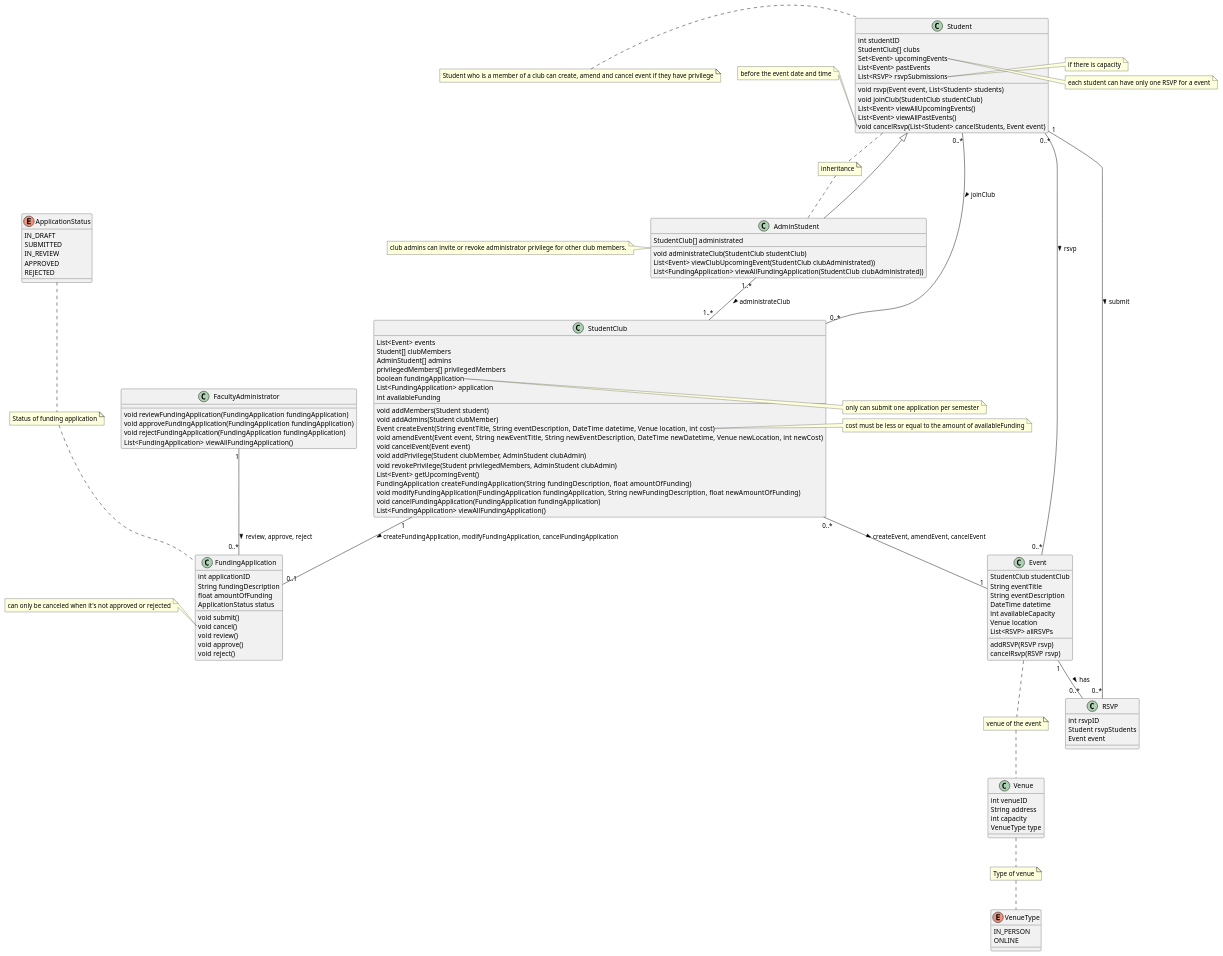
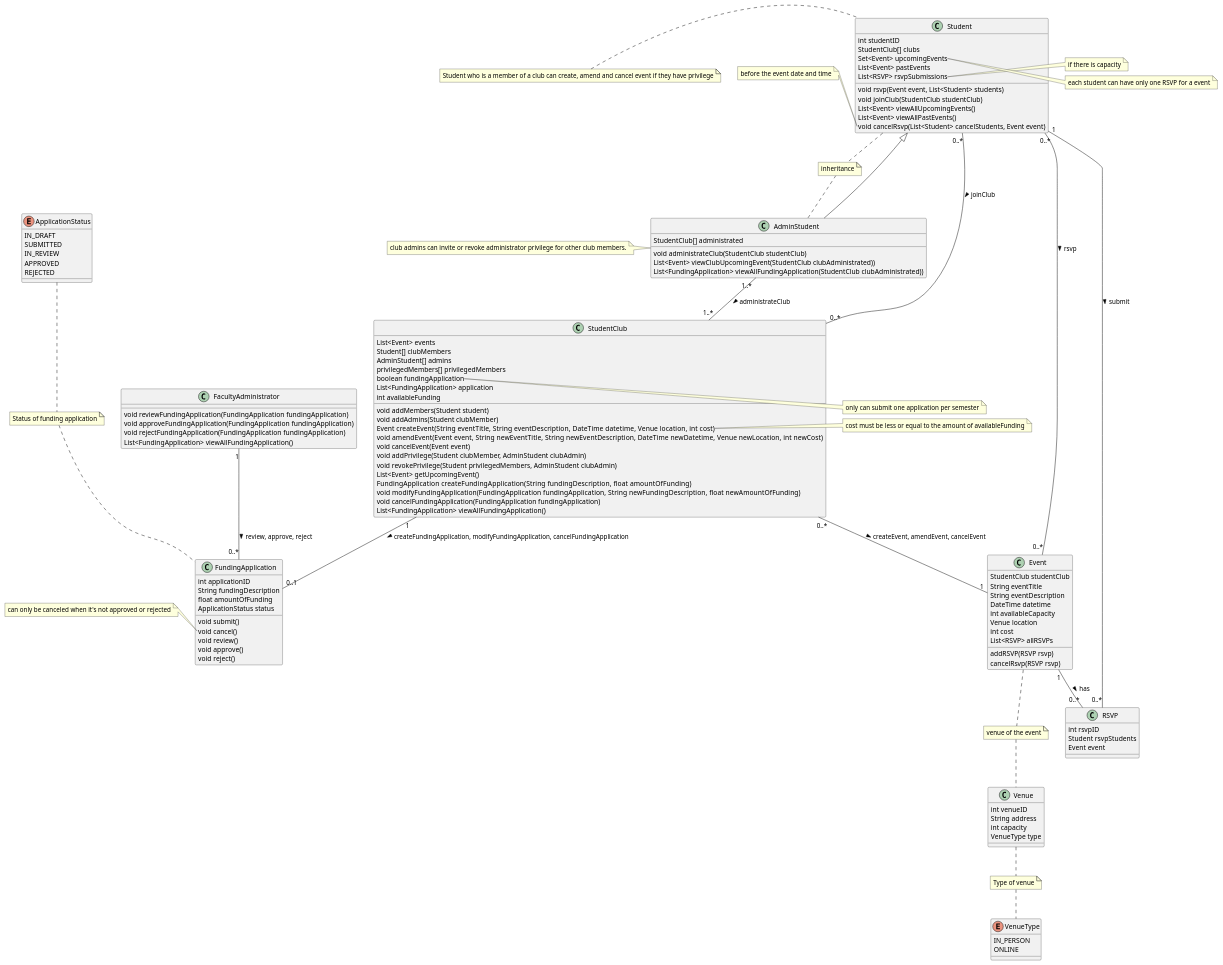
The diagram in docs/part1/events_management_domain_model.puml (PatLi315/StudentClub), drawn with PlantUML before and after one commit. The commit also changed 2 other files, not shown here.

Commit message:
Add a cost attribute for event class

```diff
--- a/docs/part1/events_management_domain_model.puml
+++ b/docs/part1/events_management_domain_model.puml
@@ -1,159 +1,160 @@
 @startuml
 class Student {
     int studentID
     StudentClub[] clubs
     Set<Event> upcomingEvents
     List<Event> pastEvents
     List<RSVP> rsvpSubmissions
     void rsvp(Event event, List<Student> students)
     void joinClub(StudentClub studentClub)
     List<Event> viewAllUpcomingEvents()
     List<Event> viewAllPastEvents()
     void cancelRsvp(List<Student> cancelStudents, Event event)
 }
 note left of Student: Student who is a member of a club can create, amend and cancel event if \
 they have privilege
 
 note right of Student::rsvp
     if there is capacity
 end note
 
 note left of Student::cancelRsvp
     before the event date and time
 end note
 
 note right of Student::upcomingEvents
     each student can have only one RSVP for a event
 end note
 
 class RSVP {
     int rsvpID
     Student rsvpStudents
     Event event
 }
 
 class AdminStudent extends Student {
     StudentClub[] administrated
     void administrateClub(StudentClub studentClub)
     List<Event> viewClubUpcomingEvent(StudentClub clubAdministrated))
     List<FundingApplication> viewAllFundingApplication(StudentClub clubAdministrated))
 }
 note left of AdminStudent: club admins can invite or revoke administrator privilege \
 for other club members.
 
 note "inheritance" as N1
 Student .. N1
 N1 .. AdminStudent
 
 class StudentClub {
     List<Event> events
     Student[] clubMembers
     AdminStudent[] admins
     privilegedMembers[] privilegedMembers
     boolean fundingApplication
     List<FundingApplication> application
     int availableFunding
     void addMembers(Student student)
     void addAdmins(Student clubMember)
     Event createEvent(String eventTitle, String eventDescription, DateTime datetime, \
     Venue location, int cost)
     void amendEvent(Event event, String newEventTitle, String newEventDescription, \
     DateTime newDatetime, Venue newLocation, int newCost)
     void cancelEvent(Event event)
     void addPrivilege(Student clubMember, AdminStudent clubAdmin)
     void revokePrivilege(Student privilegedMembers, AdminStudent clubAdmin)
     List<Event> getUpcomingEvent()
     FundingApplication createFundingApplication(String fundingDescription, \
     float amountOfFunding)
     void modifyFundingApplication(FundingApplication fundingApplication, String newFundingDescription, \
     float newAmountOfFunding)
     void cancelFundingApplication(FundingApplication fundingApplication)
     List<FundingApplication> viewAllFundingApplication()
 }
 
 note right of StudentClub::fundingApplication
     only can submit one application per semester
 end note
 
 note right of StudentClub::createEvent
     cost must be less or equal to the amount of availableFunding
 end note
 
 class Venue {
     int venueID
     String address
     int capacity
     VenueType type
 }
 
 enum VenueType {
     IN_PERSON
     ONLINE
 }
 
 class Event {
     StudentClub studentClub
     String eventTitle
     String eventDescription
     DateTime datetime
     int availableCapacity
     Venue location
+    int cost
     List<RSVP> allRSVPs
     addRSVP(RSVP rsvp)
     cancelRsvp(RSVP rsvp)
 }
 
 note "venue of the event" as N2
 Event .. N2
 N2 .. Venue
 note "Type of venue" as N3
 Venue .. N3
 N3 .. VenueType
 
 class FundingApplication {
     int applicationID
     String fundingDescription
     float amountOfFunding
     ApplicationStatus status
     void submit()
     void cancel()
     void review()
     void approve()
     void reject()
 }
 
 note left of FundingApplication::cancel()
     can only be canceled when it's not approved or rejected
 end note
 
 enum ApplicationStatus {
     IN_DRAFT
     SUBMITTED
     IN_REVIEW
     APPROVED
     REJECTED
 }
 
 note "Status of funding application" as N4
 ApplicationStatus .. N4
 N4 .. FundingApplication
 
 class FacultyAdministrator {
     void reviewFundingApplication(FundingApplication fundingApplication)
     void approveFundingApplication(FundingApplication fundingApplication)
     void rejectFundingApplication(FundingApplication fundingApplication)
     List<FundingApplication> viewAllFundingApplication()
 }
 
 Student "0..*" -- "0..*" Event : rsvp >
 AdminStudent "1..*" -- "1..*" StudentClub : administrateClub >
 Student "0..*" -- "0..*" StudentClub : joinClub >
 StudentClub "0..*" -- "1" Event : createEvent, amendEvent, cancelEvent >
 StudentClub "1" -- "0..1" FundingApplication : createFundingApplication, \
 modifyFundingApplication, cancelFundingApplication >
 FacultyAdministrator "1" -- "0..*" FundingApplication : review, approve, reject >
 Student "1" -- "0..*" RSVP : submit >
 Event "1" -- "0..*" RSVP : has >
 
 
 @enduml
```
